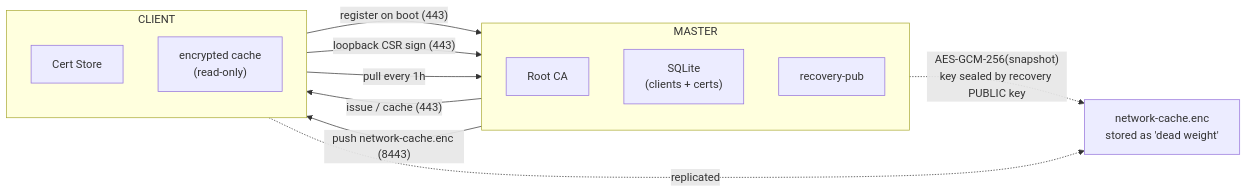
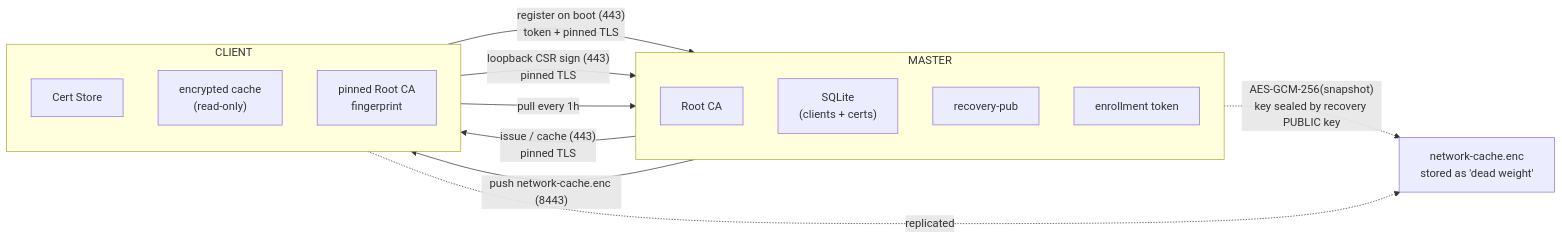
One commit to iskyneon/natssl changed the first of 2 diagrams in README.md. Above: the diagram before and after it, drawn with Mermaid. The commit also changed other lines of this file and 9 other files, not shown here.

Commit message:
Added enrollment token and Root CA pinning 1.0.6

````diff
--- a/README.md
+++ b/README.md
@@ -45,24 +46,26 @@
 ```mermaid
 flowchart LR
     subgraph M["MASTER"]
         direction TB
         RCA["Root CA"]
         DB["SQLite<br/>(clients + certs)"]
         RPUB["recovery-pub"]
+        TOK["enrollment token"]
     end
 
     subgraph C["CLIENT"]
         direction TB
         CS["Cert Store"]
         ENC["encrypted cache<br/>(read-only)"]
+        PIN["pinned Root CA<br/>fingerprint"]
     end
 
-    C -- "register on boot (443)" --> M
-    M -- "issue / cache (443)" --> C
-    C -- "loopback CSR sign (443)" --> M
+    C -- "register on boot (443)<br/>token + pinned TLS" --> M
+    M -- "issue / cache (443)<br/>pinned TLS" --> C
+    C -- "loopback CSR sign (443)<br/>pinned TLS" --> M
     C -- "pull every 1h" --> M
     M -- "push network-cache.enc (8443)" --> C
 
     M -. "AES-GCM-256(snapshot)<br/>key sealed by recovery PUBLIC key" .-> CACHE["network-cache.enc<br/>stored as 'dead weight'"]
     C -. "replicated" .-> CACHE
 ```
````
